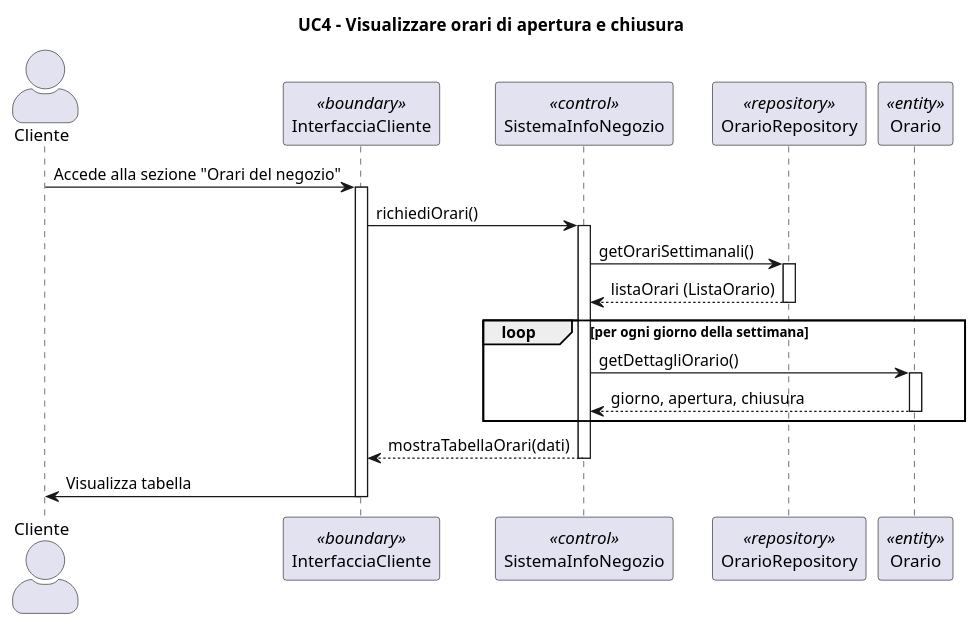
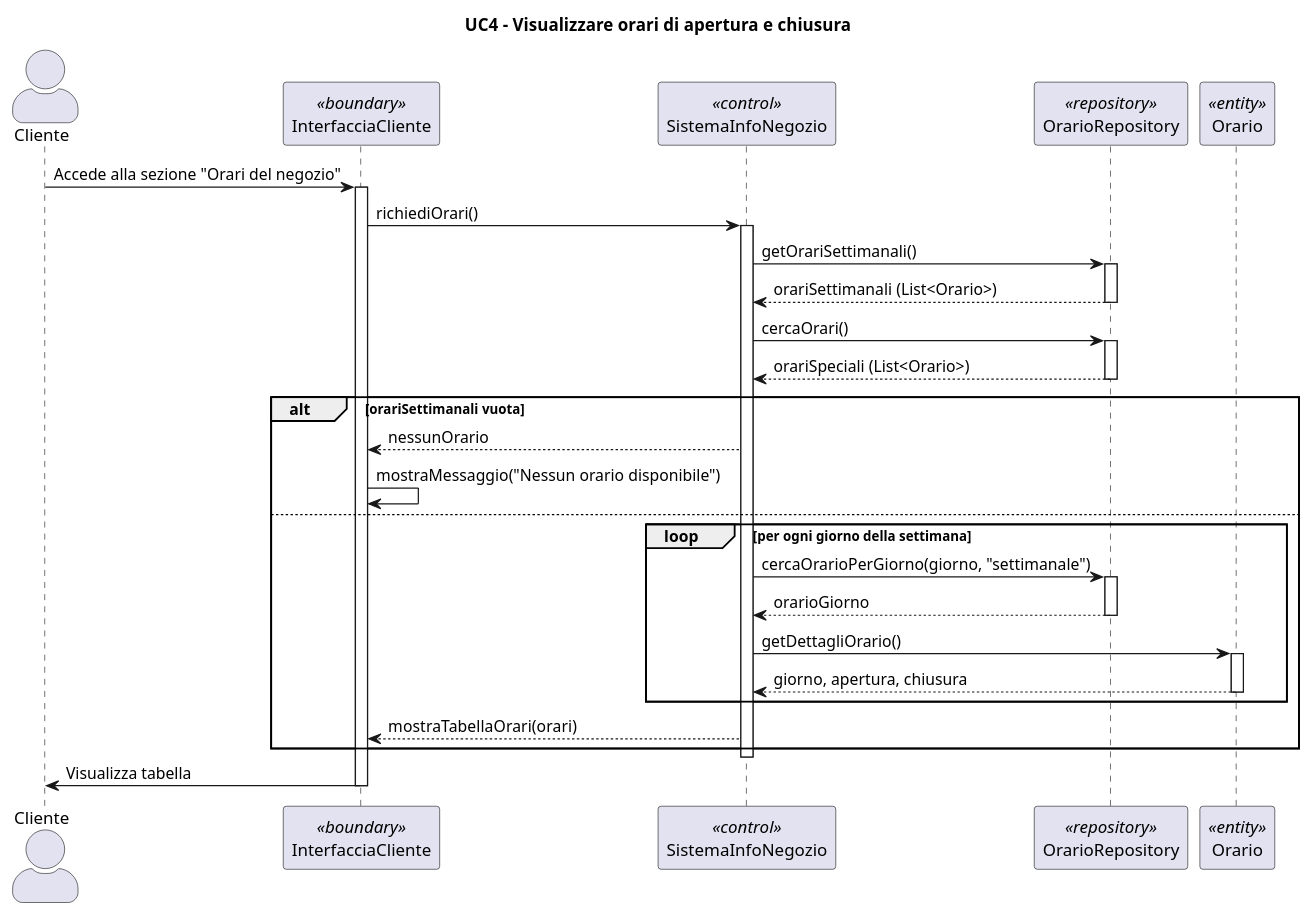
Before and after one commit to Samepsilon/FloWare: the diagram in diagrammiUML/diagrammi di sequenza/UC4_Visualizzare_Orari_Apertura_e_Chiusura.puml, drawn with PlantUML. The commit also changed 11 other files, not shown here.

```diff
--- a/diagrammiUML/diagrammi di sequenza/UC4_Visualizzare_Orari_Apertura_e_Chiusura.puml
+++ b/diagrammiUML/diagrammi di sequenza/UC4_Visualizzare_Orari_Apertura_e_Chiusura.puml
@@ -1,35 +1,50 @@
 @startuml
 skinparam actorStyle awesome
 title UC4 - Visualizzare orari di apertura e chiusura
 skinparam actorStyle awesome
 actor Cliente
 participant "InterfacciaCliente" <<boundary>>
 participant "SistemaInfoNegozio" <<control>>
 participant "OrarioRepository" as Repo <<repository>>
 participant "Orario" as ORA <<entity>>
 
 Cliente -> InterfacciaCliente : Accede alla sezione "Orari del negozio"
 activate InterfacciaCliente
 
 InterfacciaCliente -> SistemaInfoNegozio : richiediOrari()
 activate SistemaInfoNegozio
 
 SistemaInfoNegozio -> Repo : getOrariSettimanali()
 activate Repo
-Repo --> SistemaInfoNegozio : listaOrari (ListaOrario)
+Repo --> SistemaInfoNegozio : orariSettimanali (List<Orario>)
 deactivate Repo
 
-loop per ogni giorno della settimana
-    SistemaInfoNegozio -> ORA : getDettagliOrario()
-    activate ORA
-    ORA --> SistemaInfoNegozio : giorno, apertura, chiusura
-    deactivate ORA
+SistemaInfoNegozio -> Repo : cercaOrari()
+activate Repo
+Repo --> SistemaInfoNegozio : orariSpeciali (List<Orario>)
+deactivate Repo
+
+alt orariSettimanali vuota
+    SistemaInfoNegozio --> InterfacciaCliente : nessunOrario
+    InterfacciaCliente -> InterfacciaCliente : mostraMessaggio("Nessun orario disponibile")
+else
+    loop per ogni giorno della settimana
+        SistemaInfoNegozio -> Repo : cercaOrarioPerGiorno(giorno, "settimanale")
+        activate Repo
+        Repo --> SistemaInfoNegozio : orarioGiorno
+        deactivate Repo
+
+        SistemaInfoNegozio -> ORA : getDettagliOrario()
+        activate ORA
+        ORA --> SistemaInfoNegozio : giorno, apertura, chiusura
+        deactivate ORA
+    end
+
+    SistemaInfoNegozio --> InterfacciaCliente : mostraTabellaOrari(orari)
 end
-
-SistemaInfoNegozio --> InterfacciaCliente : mostraTabellaOrari(dati)
 deactivate SistemaInfoNegozio
 
 InterfacciaCliente -> Cliente : Visualizza tabella
 deactivate InterfacciaCliente
 
 @enduml
```
